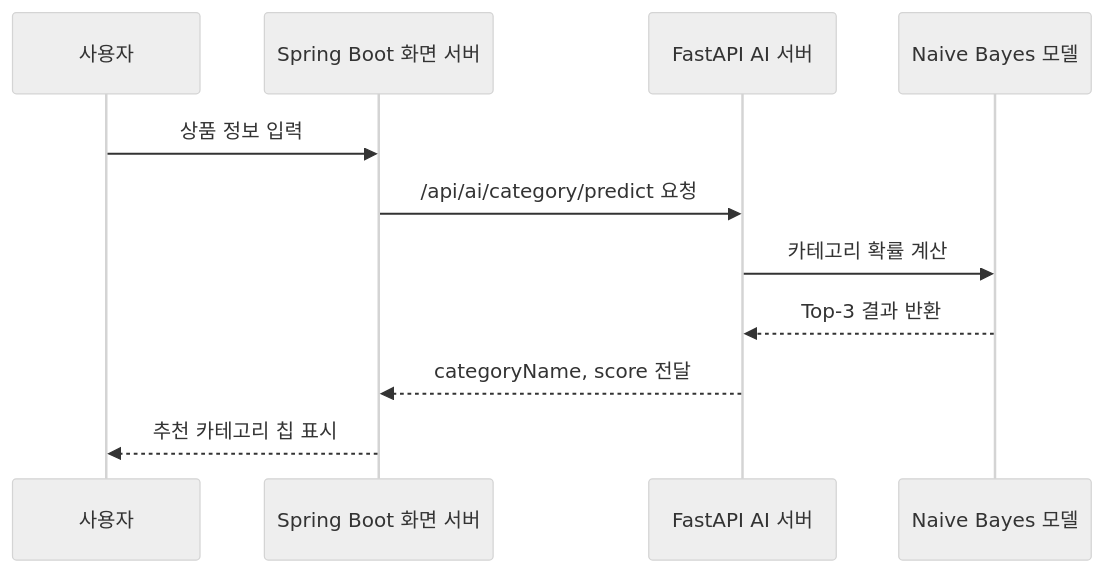
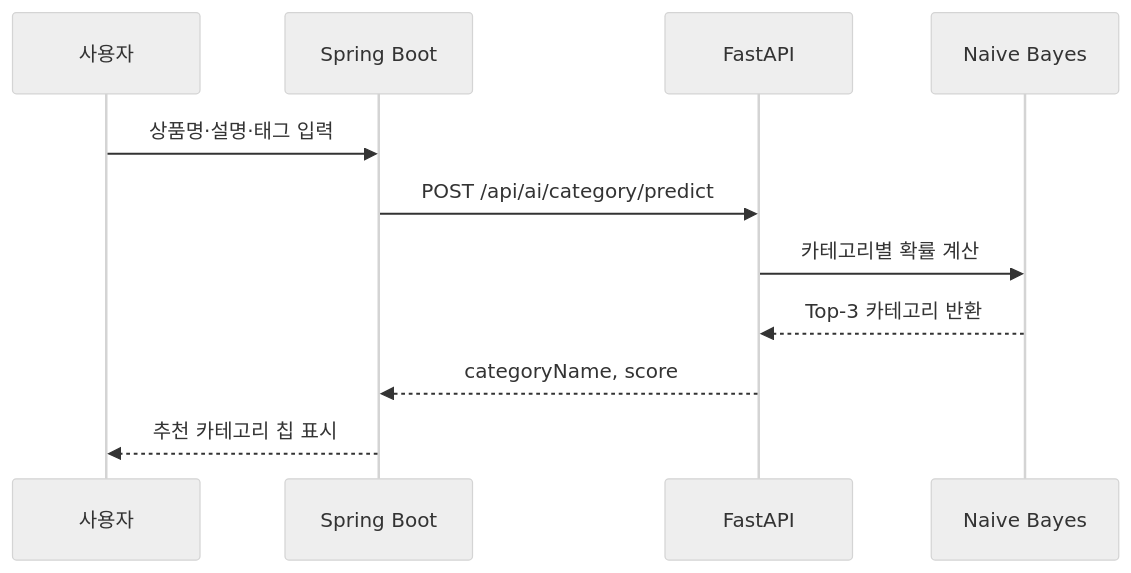
Before and after one commit to tomatosugarpickled/announcement-_ai: the second of 6 diagrams in README.md, drawn with Mermaid (neutral theme). The commit also changed other lines of this file, not shown here.

````diff
--- a/README.md
+++ b/README.md
@@ -171,14 +160,14 @@
 ```mermaid
 sequenceDiagram
     participant User as 사용자
-    participant Spring as Spring Boot 화면 서버
-    participant FastAPI as FastAPI AI 서버
-    participant Model as Naive Bayes 모델
+    participant Spring as Spring Boot
+    participant FastAPI as FastAPI
+    participant Model as Naive Bayes
 
-    User->>Spring: 상품 정보 입력
-    Spring->>FastAPI: /api/ai/category/predict 요청
-    FastAPI->>Model: 카테고리 확률 계산
-    Model-->>FastAPI: Top-3 결과 반환
-    FastAPI-->>Spring: categoryName, score 전달
+    User->>Spring: 상품명·설명·태그 입력
+    Spring->>FastAPI: POST /api/ai/category/predict
+    FastAPI->>Model: 카테고리별 확률 계산
+    Model-->>FastAPI: Top-3 카테고리 반환
+    FastAPI-->>Spring: categoryName, score
     Spring-->>User: 추천 카테고리 칩 표시
 ```
````
